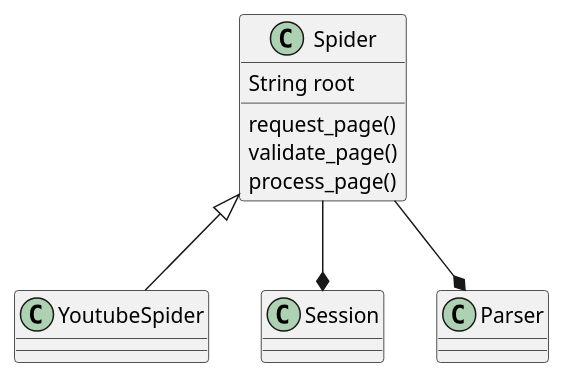
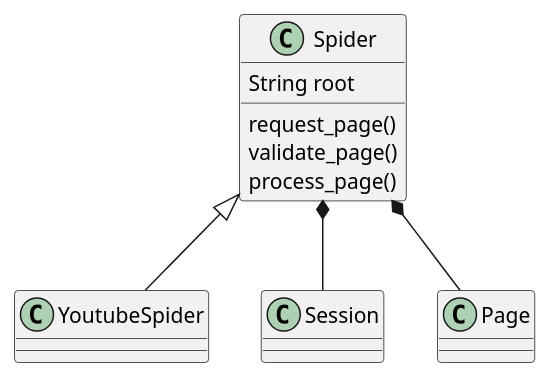
Before and after one commit to AntonMaxen/TH-Spyder: the diagram in uml.puml, drawn with PlantUML. The commit also changed 4 other files, not shown here.

Commit message:
Renamed Parser to Page and added some methods that modifies the html tree

```diff
--- a/uml.puml
+++ b/uml.puml
@@ -1,12 +1,13 @@
 @startuml
 Spider <|-- YoutubeSpider
-Spider --* Session
-Spider --* Parser
+Spider *-- Session
+Spider *-- Page
+
 
 Spider : String root
 Spider : request_page()
 Spider : validate_page()
 Spider : process_page()
 
 
 @enduml
```
